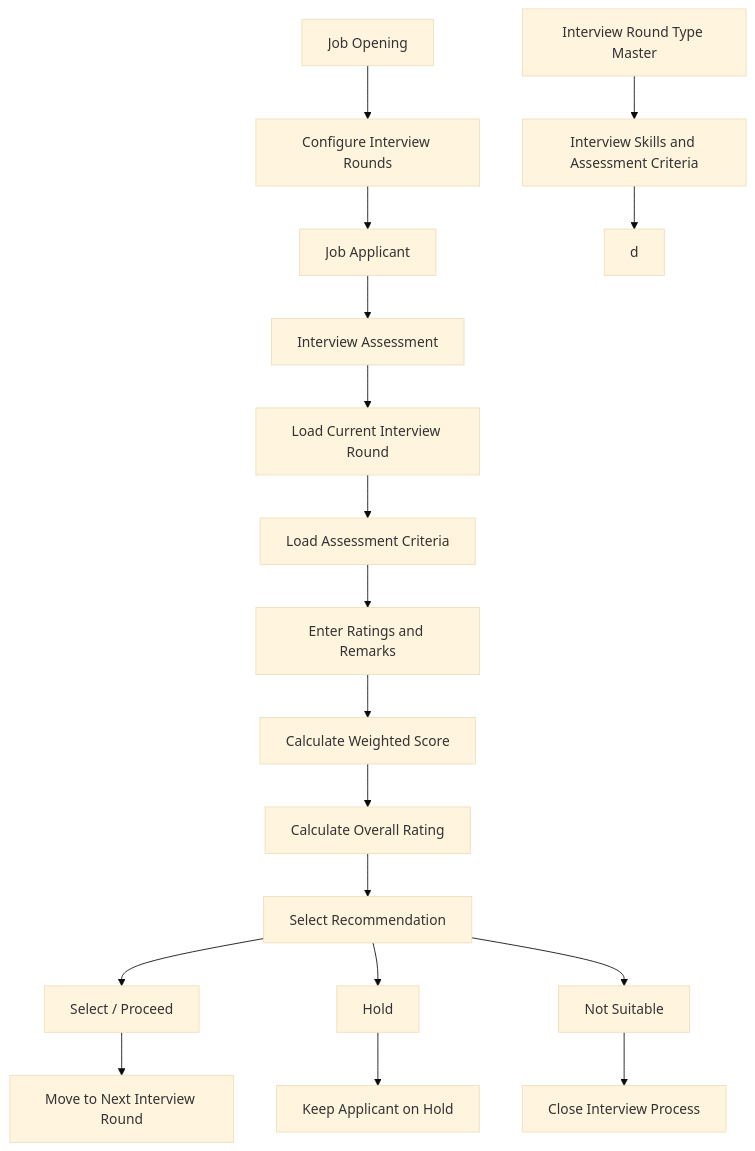
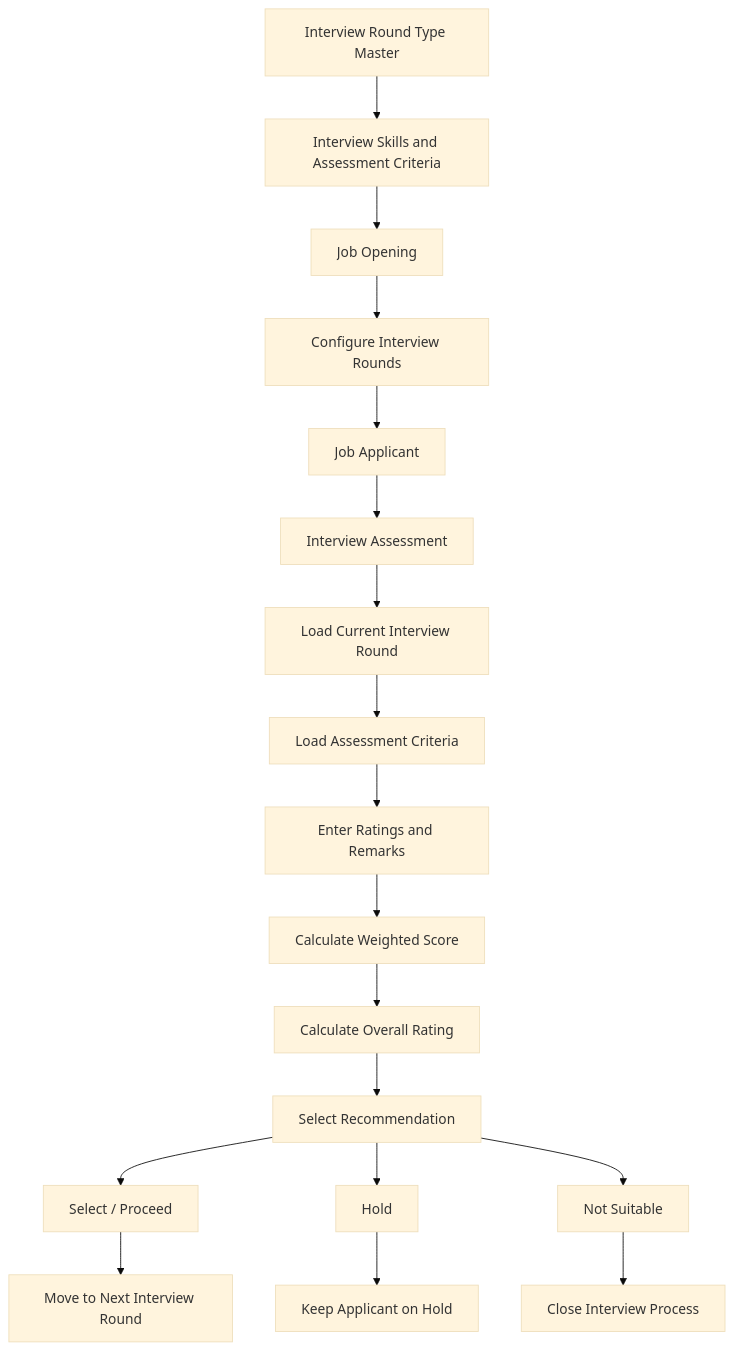
Before and after one commit to shravan-kolekar/qauntbit_interview_assisment: the diagram in README.md, drawn with Mermaid (base theme).

Commit message:
Update flow from B to D in README

````diff
--- a/README.md
+++ b/README.md
@@ -183,44 +183,44 @@
 ```mermaid
 flowchart TD
 
     A[Interview Round Type Master]
     B[Interview Skills and Assessment Criteria]
     D[Job Opening]
     E[Configure Interview Rounds]
     F[Job Applicant]
     G[Interview Assessment]
     H[Load Current Interview Round]
     I[Load Assessment Criteria]
     J[Enter Ratings and Remarks]
     K[Calculate Weighted Score]
     L[Calculate Overall Rating]
     M[Select Recommendation]
 
     N[Select / Proceed]
     O[Hold]
     P[Not Suitable]
 
     Q[Move to Next Interview Round]
     R[Keep Applicant on Hold]
     S[Close Interview Process]
 
     A --> B
-    B --> d
+    B --> D
     D --> E
     E --> F
     F --> G
     G --> H
     H --> I
     I --> J
     J --> K
     K --> L
     L --> M
 
     M --> N
     M --> O
     M --> P
 
     N --> Q
     O --> R
     P --> S
 ```
````
